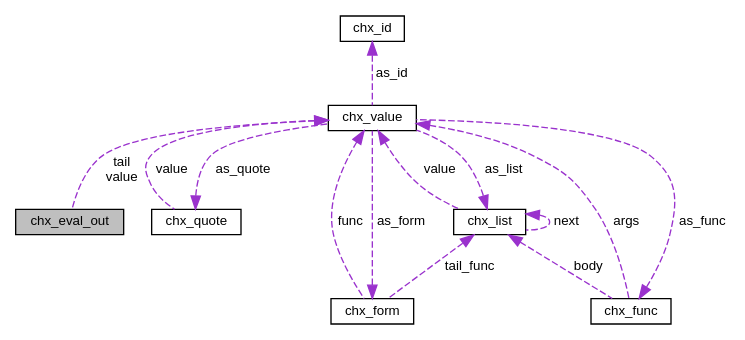
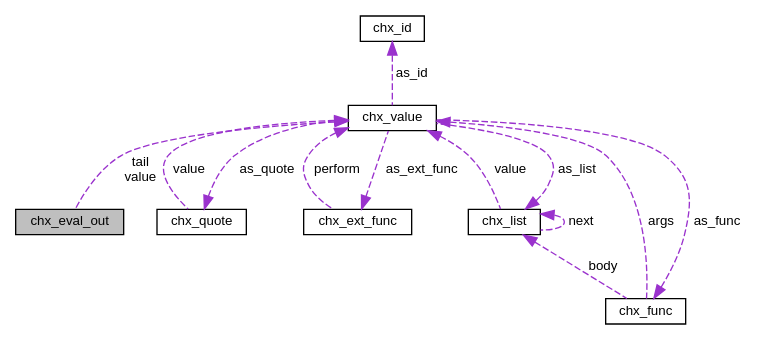
Before and after one commit to antonijn/cheax: the diagram in unionchx__eval__out__coll__graph.dot, drawn with Graphviz. The commit also changed 150 other files, not shown here.

```diff
--- a/unionchx__eval__out__coll__graph.dot
+++ b/unionchx__eval__out__coll__graph.dot
@@ -1,26 +1,25 @@
 digraph "chx_eval_out"
 {
  // LATEX_PDF_SIZE
   edge [fontname="Helvetica",fontsize="10",labelfontname="Helvetica",labelfontsize="10"];
   node [fontname="Helvetica",fontsize="10",shape=record];
   Node1 [label="chx_eval_out",height=0.2,width=0.4,color="black", fillcolor="grey75", style="filled", fontcolor="black",tooltip=" "];
   Node2 -> Node1 [dir="back",color="darkorchid3",fontsize="10",style="dashed",label=" tail\nvalue" ,fontname="Helvetica"];
   Node2 [label="chx_value",height=0.2,width=0.4,color="black", fillcolor="white", style="filled",URL="$structchx__value.html",tooltip="Represents a value in the cheax environment."];
   Node3 -> Node2 [dir="back",color="darkorchid3",fontsize="10",style="dashed",label=" as_quote" ,fontname="Helvetica"];
   Node3 [label="chx_quote",height=0.2,width=0.4,color="black", fillcolor="white", style="filled",URL="$structchx__quote.html",tooltip="Quoted value type."];
   Node2 -> Node3 [dir="back",color="darkorchid3",fontsize="10",style="dashed",label=" value" ,fontname="Helvetica"];
-  Node4 -> Node2 [dir="back",color="darkorchid3",fontsize="10",style="dashed",label=" as_form" ,fontname="Helvetica"];
-  Node4 [label="chx_form",height=0.2,width=0.4,color="black", fillcolor="white", style="filled",URL="$structchx__form.html",tooltip="Cheax external/user function expression."];
-  Node5 -> Node4 [dir="back",color="darkorchid3",fontsize="10",style="dashed",label=" tail_func" ,fontname="Helvetica"];
-  Node5 [label="chx_list",height=0.2,width=0.4,color="black", fillcolor="white", style="filled",URL="$structchx__list.html",tooltip="List type."];
-  Node5 -> Node5 [dir="back",color="darkorchid3",fontsize="10",style="dashed",label=" next" ,fontname="Helvetica"];
-  Node2 -> Node5 [dir="back",color="darkorchid3",fontsize="10",style="dashed",label=" value" ,fontname="Helvetica"];
-  Node2 -> Node4 [dir="back",color="darkorchid3",fontsize="10",style="dashed",label=" func" ,fontname="Helvetica"];
-  Node6 -> Node2 [dir="back",color="darkorchid3",fontsize="10",style="dashed",label=" as_id" ,fontname="Helvetica"];
-  Node6 [label="chx_id",height=0.2,width=0.4,color="black", fillcolor="white", style="filled",URL="$structchx__id.html",tooltip="Identifier type."];
-  Node5 -> Node2 [dir="back",color="darkorchid3",fontsize="10",style="dashed",label=" as_list" ,fontname="Helvetica"];
+  Node4 -> Node2 [dir="back",color="darkorchid3",fontsize="10",style="dashed",label=" as_ext_func" ,fontname="Helvetica"];
+  Node4 [label="chx_ext_func",height=0.2,width=0.4,color="black", fillcolor="white", style="filled",URL="$structchx__ext__func.html",tooltip="Cheax external/user function expression."];
+  Node2 -> Node4 [dir="back",color="darkorchid3",fontsize="10",style="dashed",label=" perform" ,fontname="Helvetica"];
+  Node5 -> Node2 [dir="back",color="darkorchid3",fontsize="10",style="dashed",label=" as_id" ,fontname="Helvetica"];
+  Node5 [label="chx_id",height=0.2,width=0.4,color="black", fillcolor="white", style="filled",URL="$structchx__id.html",tooltip="Identifier type."];
+  Node6 -> Node2 [dir="back",color="darkorchid3",fontsize="10",style="dashed",label=" as_list" ,fontname="Helvetica"];
+  Node6 [label="chx_list",height=0.2,width=0.4,color="black", fillcolor="white", style="filled",URL="$structchx__list.html",tooltip="List type."];
+  Node6 -> Node6 [dir="back",color="darkorchid3",fontsize="10",style="dashed",label=" next" ,fontname="Helvetica"];
+  Node2 -> Node6 [dir="back",color="darkorchid3",fontsize="10",style="dashed",label=" value" ,fontname="Helvetica"];
   Node7 -> Node2 [dir="back",color="darkorchid3",fontsize="10",style="dashed",label=" as_func" ,fontname="Helvetica"];
   Node7 [label="chx_func",height=0.2,width=0.4,color="black", fillcolor="white", style="filled",URL="$structchx__func.html",tooltip="Function or macro type."];
-  Node5 -> Node7 [dir="back",color="darkorchid3",fontsize="10",style="dashed",label=" body" ,fontname="Helvetica"];
+  Node6 -> Node7 [dir="back",color="darkorchid3",fontsize="10",style="dashed",label=" body" ,fontname="Helvetica"];
   Node2 -> Node7 [dir="back",color="darkorchid3",fontsize="10",style="dashed",label=" args" ,fontname="Helvetica"];
 }
```
